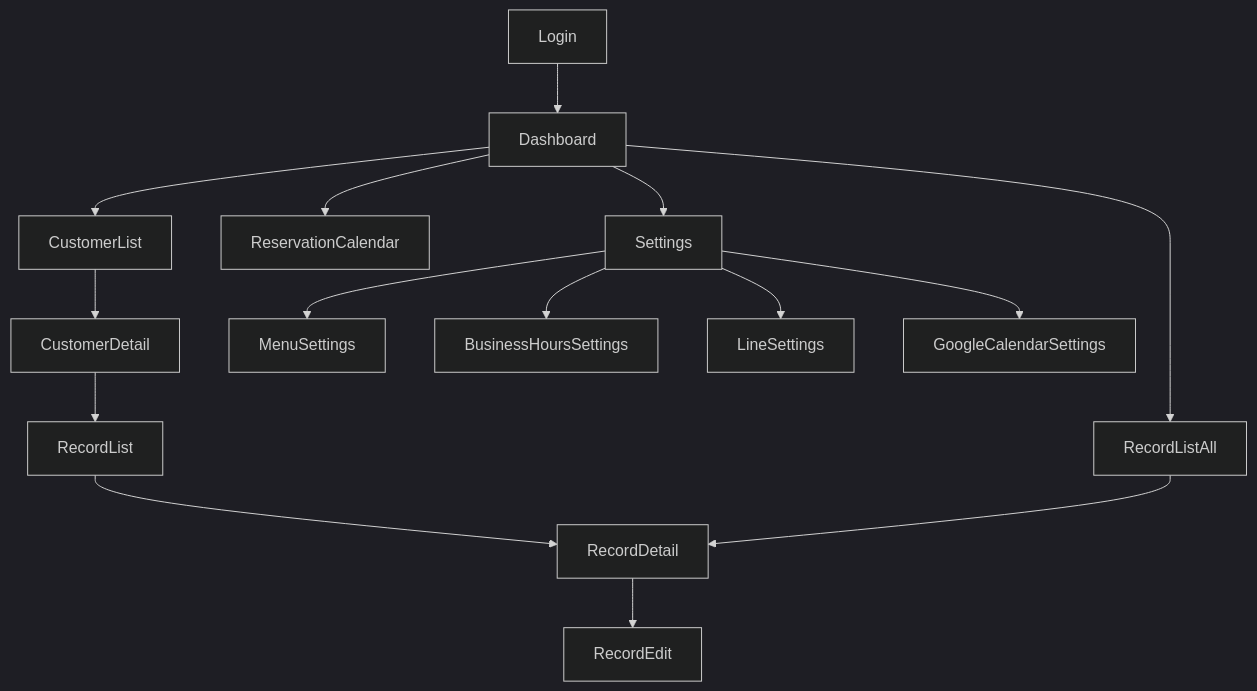
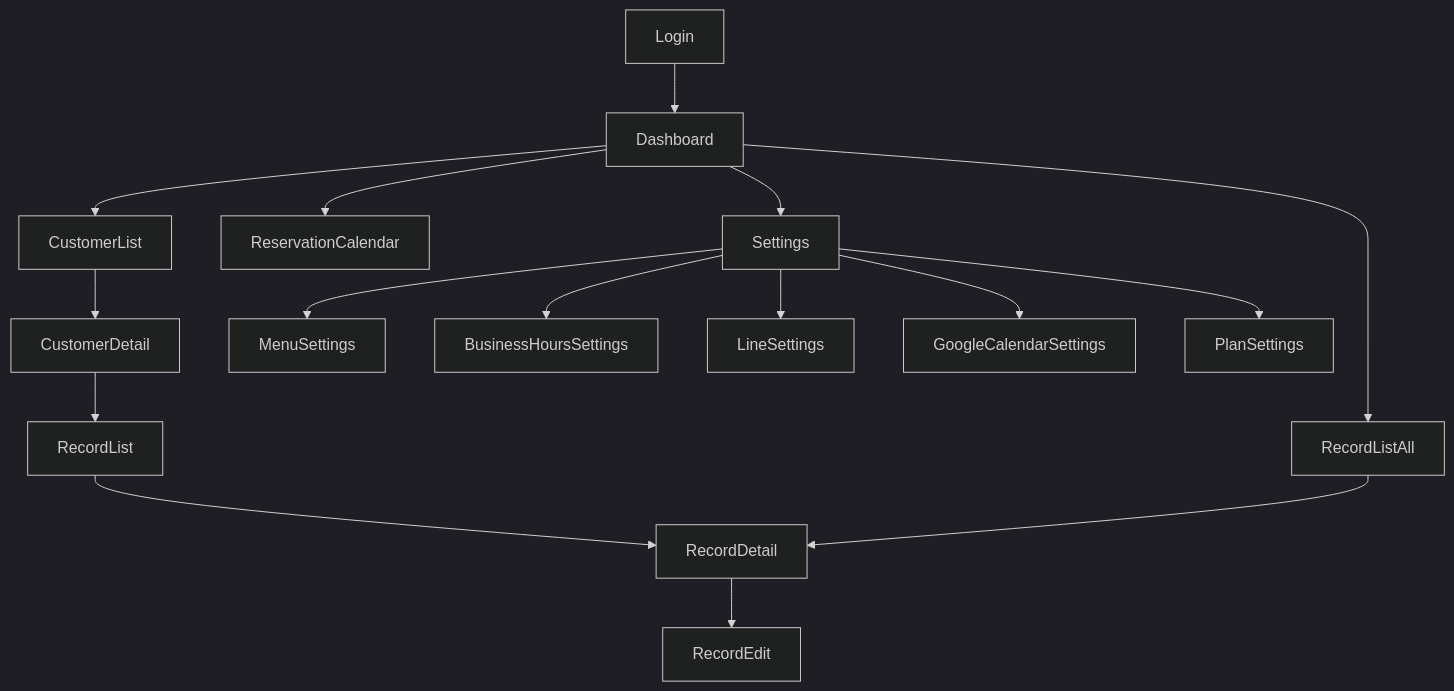
Before and after one commit to realizeworks0701-ux/realize-beauty: the diagram in docs/ui/navigation.md, drawn with Mermaid (dark theme). The commit also changed other lines of this file and 123 other files, not shown here.

````diff
--- a/docs/ui/navigation.md
+++ b/docs/ui/navigation.md
@@ -3,31 +3,33 @@
 ```mermaid
 flowchart TD
 
 Login --> Dashboard
 
 Dashboard --> CustomerList
 
 CustomerList --> CustomerDetail
 
 CustomerDetail --> RecordList
 
 RecordList --> RecordDetail
 
 RecordDetail --> RecordEdit
 
 Dashboard --> RecordListAll
 
 RecordListAll --> RecordDetail
 
 Dashboard --> ReservationCalendar
 
 Dashboard --> Settings
 
 Settings --> MenuSettings
 
 Settings --> BusinessHoursSettings
 
 Settings --> LineSettings
 
 Settings --> GoogleCalendarSettings
+
+Settings --> PlanSettings
 ```
````
